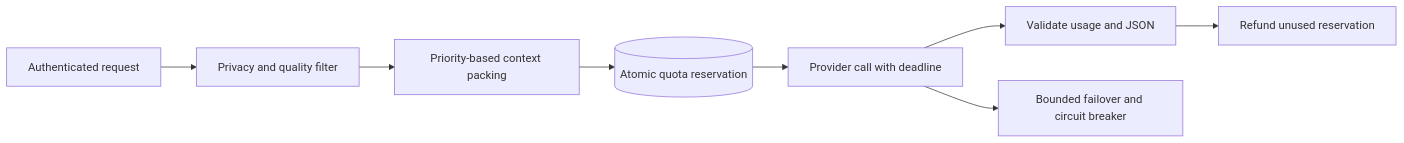
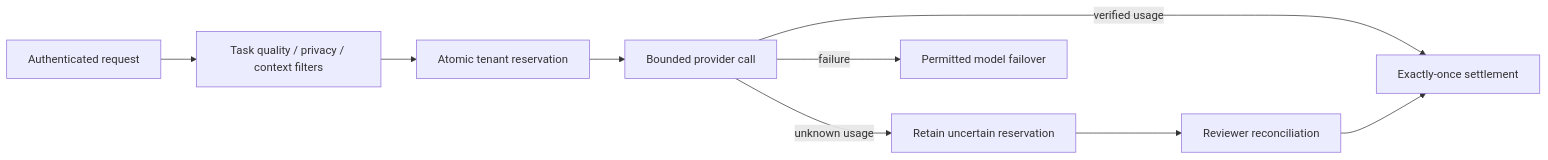
One commit to christianwhollar/inference-router changed the diagram in README.md. Above: the diagram before and after it, drawn with Mermaid. The commit also changed other lines of this file and 41 other files, not shown here.

````diff
--- a/README.md
+++ b/README.md
@@ -23,10 +41,11 @@
 ```mermaid
 flowchart LR
-    Request[Authenticated request] --> Policy[Privacy and quality filter]
-    Policy --> Pack[Priority-based context packing]
-    Pack --> Budget[(Atomic quota reservation)]
-    Budget --> Provider[Provider call with deadline]
-    Provider --> Result[Validate usage and JSON]
-    Provider --> Fallback[Bounded failover and circuit breaker]
-    Result --> Refund[Refund unused reservation]
+  Request[Authenticated request] --> Filter[Task quality / privacy / context filters]
+  Filter --> Budget[Atomic tenant reservation]
+  Budget --> Provider[Bounded provider call]
+  Provider -->|verified usage| Settle[Exactly-once settlement]
+  Provider -->|unknown usage| Hold[Retain uncertain reservation]
+  Hold --> Review[Reviewer reconciliation]
+  Review --> Settle
+  Provider -->|failure| Fallback[Permitted model failover]
 ```
````
